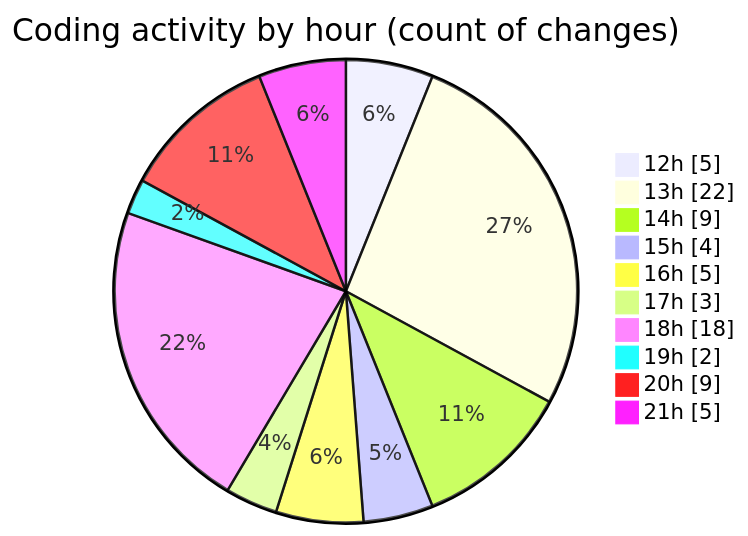
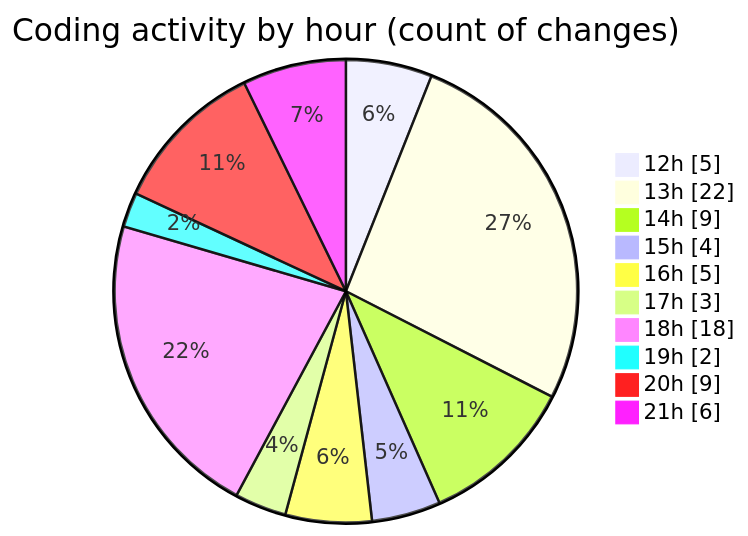
Before and after one commit to MatusMokan/code-tracking: the second of 2 diagrams in 2025-04-19/myws__workspace_/README.md, drawn with Mermaid. The commit also changed other lines of this file and 1 other file, not shown here.

````diff
--- a/2025-04-19/myws__workspace_/README.md
+++ b/2025-04-19/myws__workspace_/README.md
@@ -32,14 +32,14 @@
 ```mermaid
 pie showData
 title Coding activity by hour (count of changes)
 "12h" : 5
 "13h" : 22
 "14h" : 9
 "15h" : 4
 "16h" : 5
 "17h" : 3
 "18h" : 18
 "19h" : 2
 "20h" : 9
-"21h" : 5
+"21h" : 6
 ```
````
